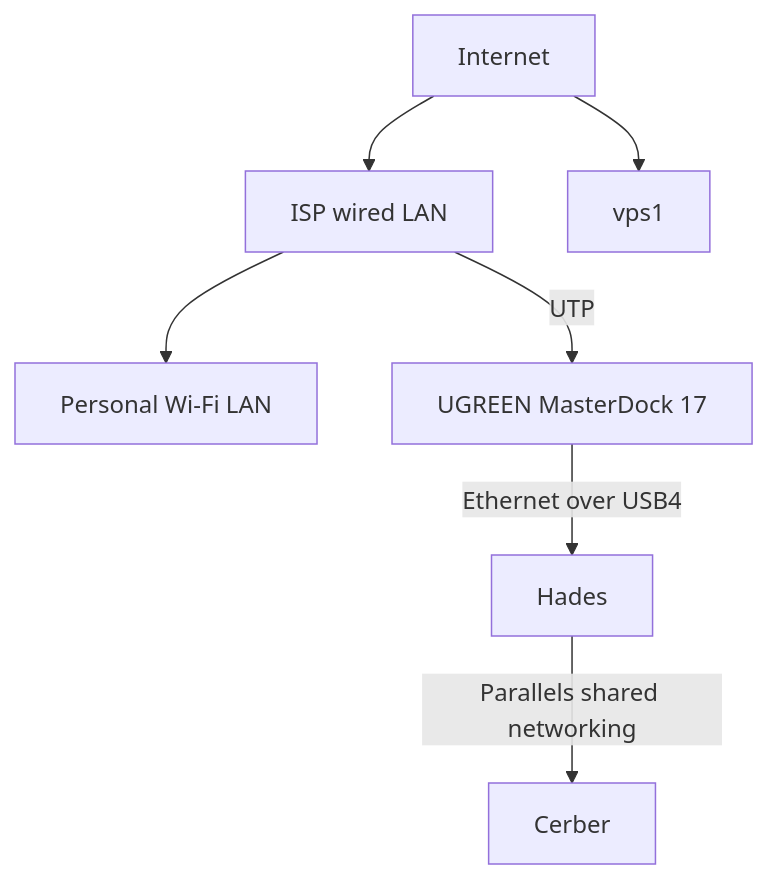
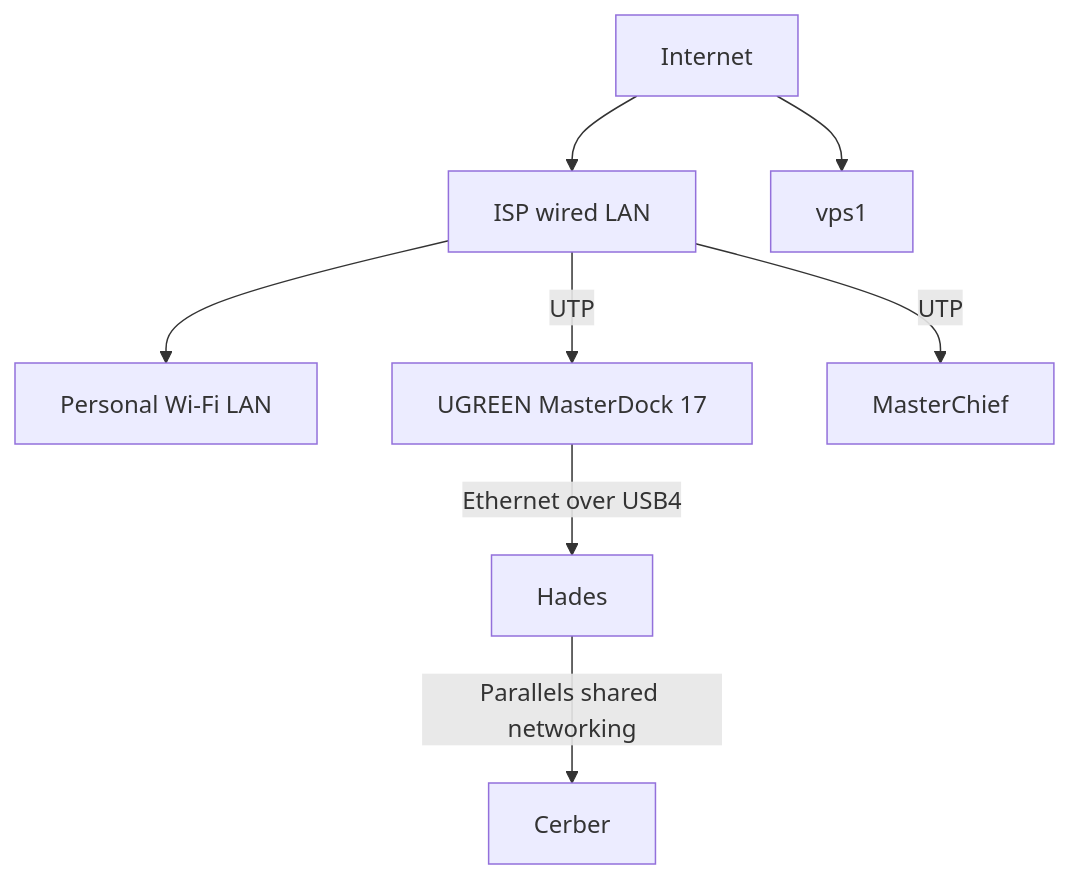
One commit to AndiOliverIon/mac-forge changed the second of 3 diagrams in configs/station-topology.md. Above: the diagram before and after it, drawn with Mermaid. The commit also changed other lines of this file and 2 other files, not shown here.

Commit message:
Add MasterChief UTP network endpoint

````diff
--- a/configs/station-topology.md
+++ b/configs/station-topology.md
@@ -45,17 +46,19 @@
 ```mermaid
 flowchart TB
     Internet["Internet"]
     ISP["ISP wired LAN"]
     WiFi["Personal Wi-Fi LAN"]
     Dock["UGREEN MasterDock 17"]
     Hades["Hades"]
+    MasterChief["MasterChief"]
     Cerber["Cerber"]
     VPS1["vps1"]
 
     Internet --> ISP
     Internet --> VPS1
     ISP --> WiFi
     ISP -->|"UTP"| Dock
+    ISP -->|"UTP"| MasterChief
     Dock -->|"Ethernet over USB4"| Hades
     Hades -->|"Parallels shared networking"| Cerber
 ```
````
